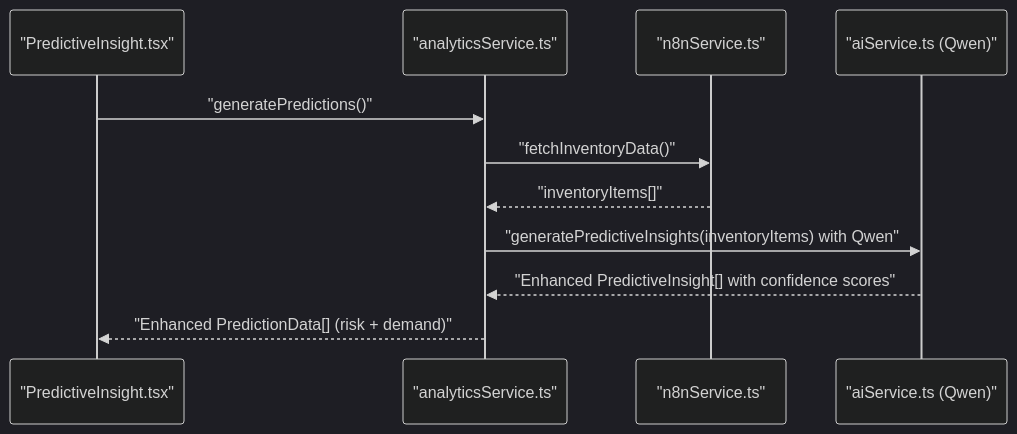
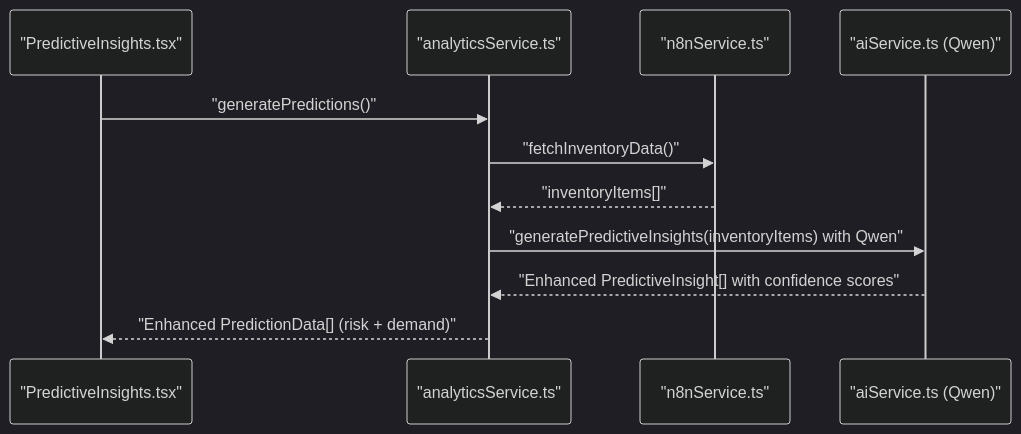
One commit to cacamarica/dashboard-ai changed the sixth of 8 diagrams in .qoder/repowiki/en/content/Core Features/AI Assistant.md. Above: the diagram before and after it, drawn with Mermaid (dark theme). The commit also changed other lines of this file and 5 other files, not shown here.

````diff
--- a/.qoder/repowiki/en/content/Core Features/AI Assistant.md
+++ b/.qoder/repowiki/en/content/Core Features/AI Assistant.md
@@ -252,13 +279,13 @@
 ```mermaid
 sequenceDiagram
-participant Comp as "PredictiveInsight.tsx"
+participant Comp as "PredictiveInsights.tsx"
 participant ANS as "analyticsService.ts"
 participant NS as "n8nService.ts"
 participant AIS as "aiService.ts (Qwen)"
 Comp->>ANS : "generatePredictions()"
 ANS->>NS : "fetchInventoryData()"
 NS-->>ANS : "inventoryItems[]"
 ANS->>AIS : "generatePredictiveInsights(inventoryItems) with Qwen"
 AIS-->>ANS : "Enhanced PredictiveInsight[] with confidence scores"
 ANS-->>Comp : "Enhanced PredictionData[] (risk + demand)"
 ```
````
